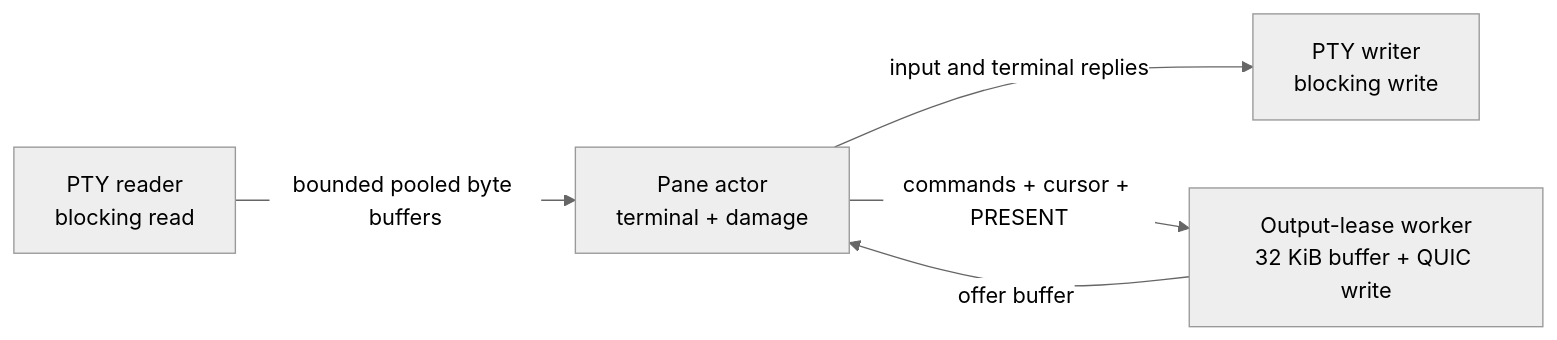
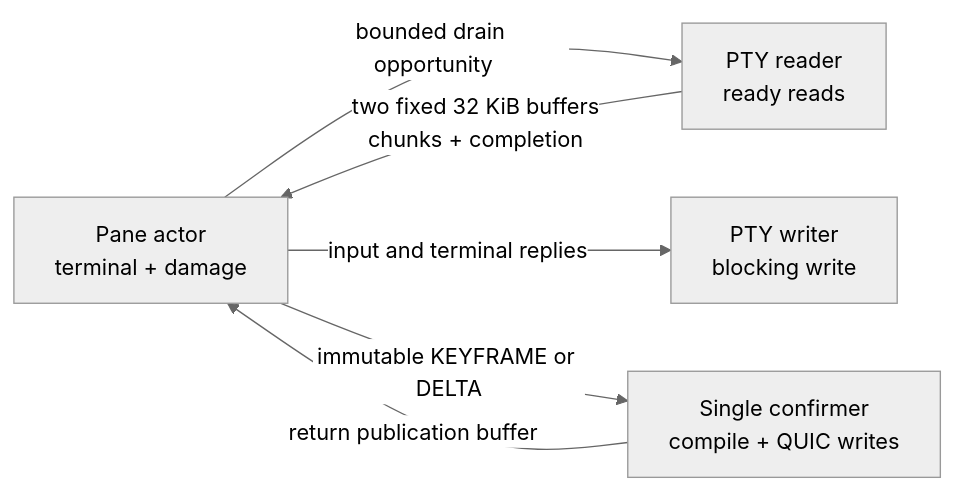
The sixth of 9 diagrams in ARCHITECTURE.md (garindra/meja), drawn with Mermaid (neutral theme) before and after one commit. The commit also changed other lines of this file and 17 other files, not shown here.

First line of the commit message:
[v0.0.22] Refactor pane render architecture (Phases 1-2)

````diff
--- a/ARCHITECTURE.md
+++ b/ARCHITECTURE.md
@@ -531,7 +554,8 @@
 ```mermaid
 flowchart LR
-    PR["PTY reader<br/>blocking read"] -->|"bounded pooled byte buffers"| PA["Pane actor<br/>terminal + damage"]
+    PA -->|"bounded drain opportunity"| PR["PTY reader<br/>ready reads"]
+    PR -->|"two fixed 32 KiB buffers<br/>chunks + completion"| PA["Pane actor<br/>terminal + damage"]
     PA -->|"input and terminal replies"| PW["PTY writer<br/>blocking write"]
-    OW["Output-lease worker<br/>32 KiB buffer + QUIC write"] -->|"offer buffer"| PA
-    PA -->|"commands + cursor + PRESENT"| OW
+    PA -->|"immutable KEYFRAME or DELTA"| OW["Single confirmer<br/>compile + QUIC writes"]
+    OW -->|"return publication buffer"| PA
 ```
````
